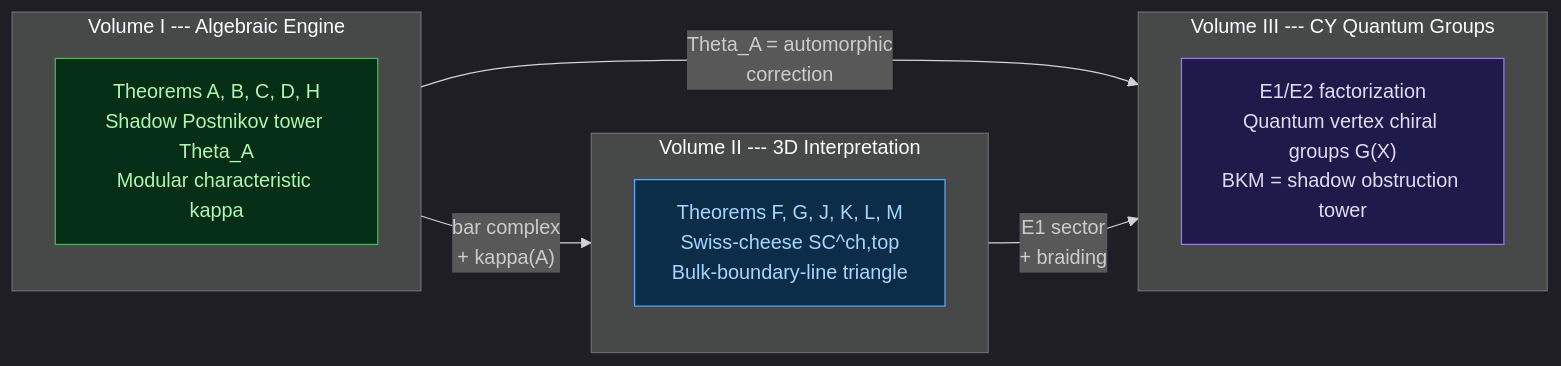
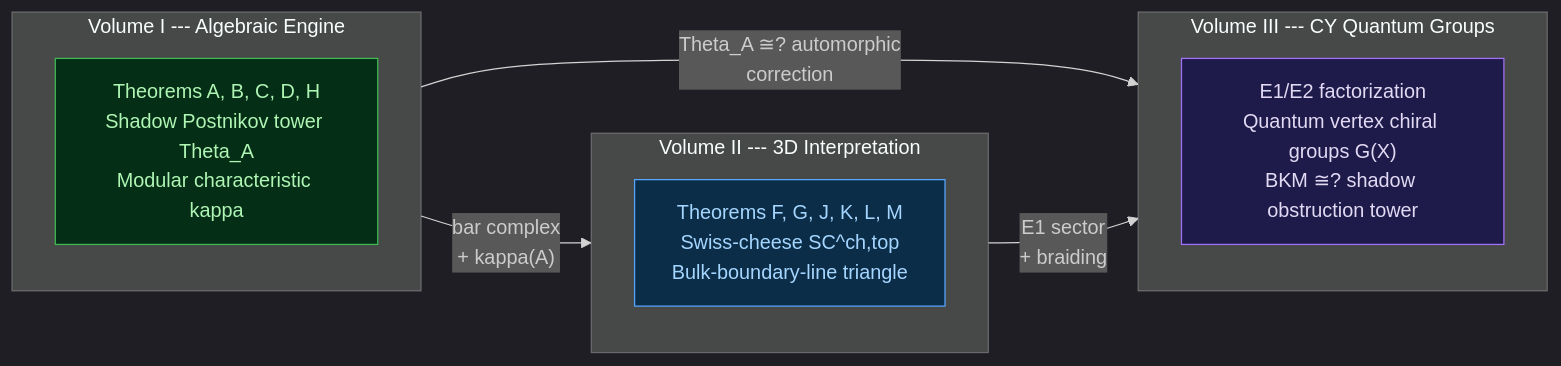
The first of 3 diagrams in README.md (raeez/calabi-yau-quantum-groups), drawn with Mermaid before and after one commit. The commit also changed other lines of this file, not shown here.

First line of the commit message:
README: rectify proved/conjectural boundary for BKM identification

````diff
--- a/README.md
+++ b/README.md
@@ -59,23 +60,23 @@
 ```mermaid
 %%{init:{'theme':'dark'}}%%
 graph LR
     subgraph V1["Volume I --- Algebraic Engine"]
         T1["Theorems A, B, C, D, H<br>Shadow Postnikov tower Theta_A<br>Modular characteristic kappa"]
     end
 
     subgraph V2["Volume II --- 3D Interpretation"]
         T2["Theorems F, G, J, K, L, M<br>Swiss-cheese SC^ch,top<br>Bulk-boundary-line triangle"]
     end
 
     subgraph V3["Volume III --- CY Quantum Groups"]
-        T3["E1/E2 factorization<br>Quantum vertex chiral groups G(X)<br>BKM = shadow obstruction tower"]
+        T3["E1/E2 factorization<br>Quantum vertex chiral groups G(X)<br>BKM ≅? shadow obstruction tower"]
     end
 
     V1 -->|"bar complex<br>+ kappa(A)"| V2
-    V1 -->|"Theta_A = automorphic<br>correction"| V3
+    V1 -->|"Theta_A ≅? automorphic<br>correction"| V3
     V2 -->|"E1 sector<br>+ braiding"| V3
 
     style T1 fill:#052e16,stroke:#3fb950,color:#aff5b4
     style T2 fill:#0c2d48,stroke:#58a6ff,color:#a5d6ff
     style T3 fill:#1e1b4b,stroke:#a371f7,color:#e2d9f3
 ```
````
